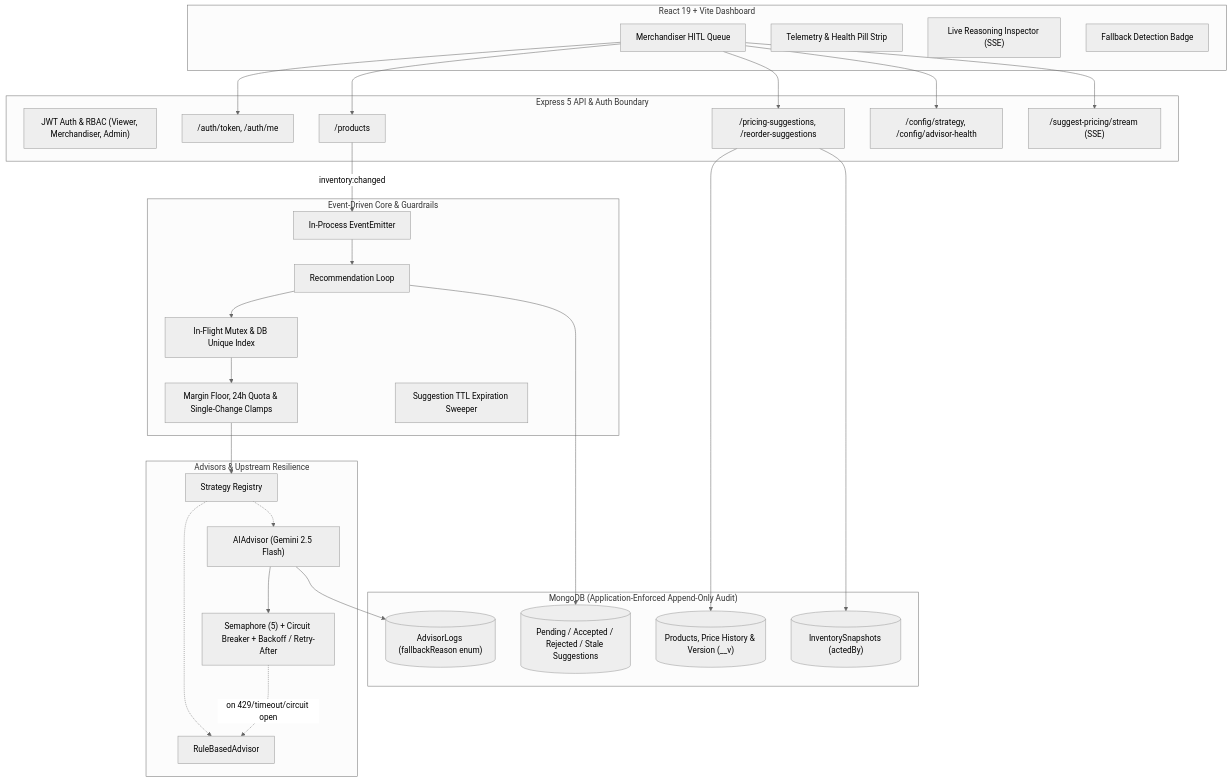
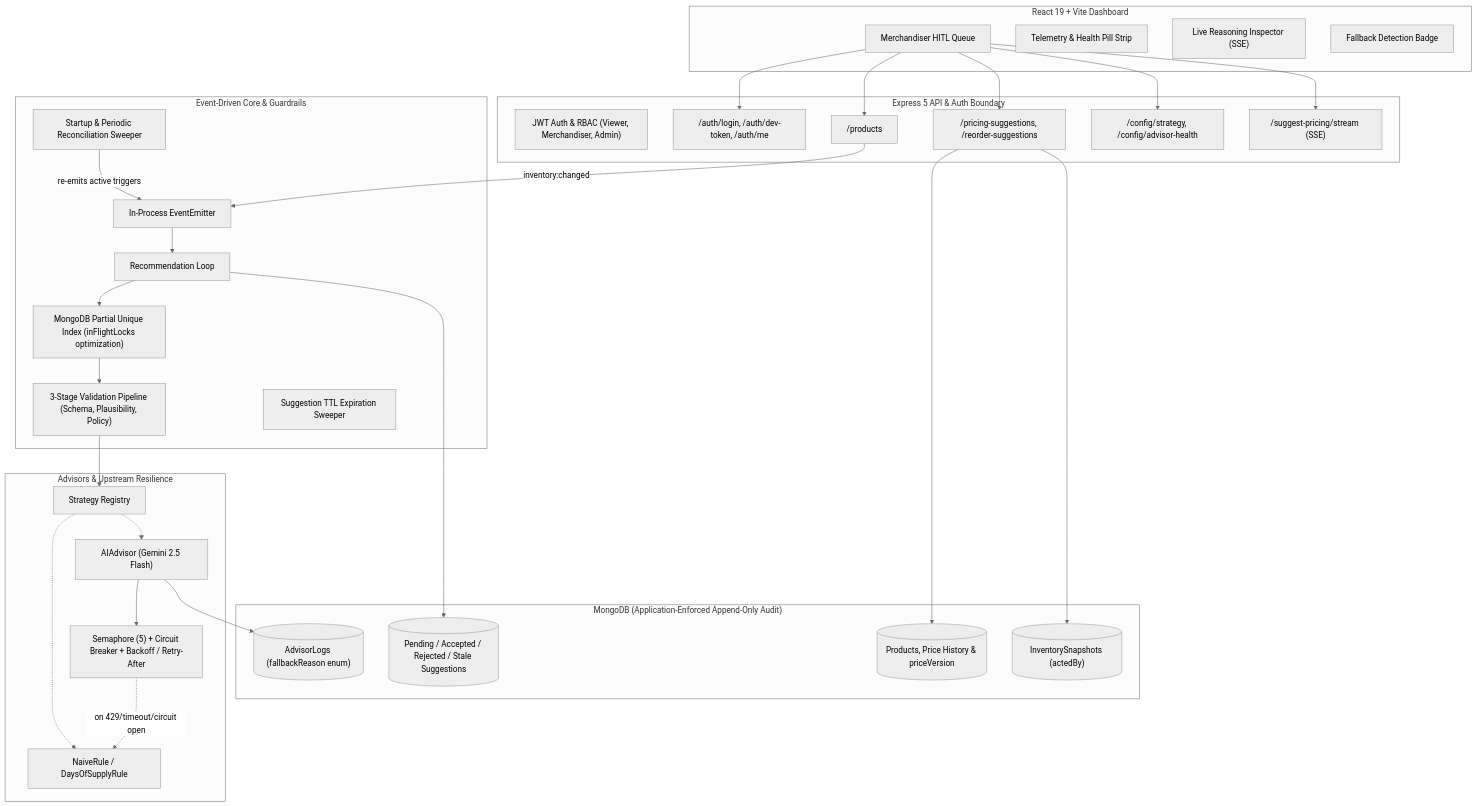
One commit to pritam195/Sentinel changed the diagram in README.md. Above: the diagram before and after it, drawn with Mermaid (neutral theme). The commit also changed other lines of this file and 3 other files, not shown here.

Commit message:
docs(consistency): align README and RESULTS with code, scope event-loss boundaries, attribute dedupe to DB partial unique index, remove unsupported phrasing, and expand Known Limitations

````diff
--- a/README.md
+++ b/README.md
@@ -20,59 +20,61 @@
 ```mermaid
 graph TD
     subgraph Client["React 19 + Vite Dashboard"]
         UI["Merchandiser HITL Queue"]
         Ticker["Telemetry & Health Pill Strip"]
         Stream["Live Reasoning Inspector (SSE)"]
         FallbackBanner["Fallback Detection Badge"]
     end
 
     subgraph API["Express 5 API & Auth Boundary"]
         AuthMid["JWT Auth & RBAC (Viewer, Merchandiser, Admin)"]
-        RoutesAuth["/auth/token, /auth/me"]
+        RoutesAuth["/auth/login, /auth/dev-token, /auth/me"]
         RoutesProd["/products"]
         RoutesSugg["/pricing-suggestions, /reorder-suggestions"]
         RoutesConfig["/config/strategy, /config/advisor-health"]
         SSEStream["/suggest-pricing/stream (SSE)"]
     end
 
     subgraph Core["Event-Driven Core & Guardrails"]
         EventEmitter["In-Process EventEmitter"]
         AgentLoop["Recommendation Loop"]
-        DedupeLocks["In-Flight Mutex & DB Unique Index"]
-        Guardrails["Margin Floor, 24h Quota & Single-Change Clamps"]
+        DedupeLocks["MongoDB Partial Unique Index (inFlightLocks optimization)"]
+        Guardrails["3-Stage Validation Pipeline (Schema, Plausibility, Policy)"]
         TTLWorker["Suggestion TTL Expiration Sweeper"]
+        Reconcile["Startup & Periodic Reconciliation Sweeper"]
     end
 
     subgraph Engines["Advisors & Upstream Resilience"]
         Registry["Strategy Registry"]
-        RuleAdvisor["RuleBasedAdvisor"]
+        RuleAdvisor["NaiveRule / DaysOfSupplyRule"]
         AIAdvisor["AIAdvisor (Gemini 2.5 Flash)"]
         Resilience["Semaphore (5) + Circuit Breaker + Backoff / Retry-After"]
     end
 
     subgraph Storage["MongoDB (Application-Enforced Append-Only Audit)"]
-        DB_Prod[("Products, Price History & Version (__v)")]
+        DB_Prod[("Products, Price History & priceVersion")]
         DB_Sugg[("Pending / Accepted / Rejected / Stale Suggestions")]
         DB_Snap[("InventorySnapshots (actedBy)")]
         DB_Logs[("AdvisorLogs (fallbackReason enum)")]
     end
 
     UI --> RoutesAuth
     UI --> RoutesProd
     UI --> RoutesSugg
     UI --> RoutesConfig
     UI --> SSEStream
     RoutesProd -- "inventory:changed" --> EventEmitter
+    Reconcile -- "re-emits active triggers" --> EventEmitter
     EventEmitter --> AgentLoop
     AgentLoop --> DedupeLocks
     DedupeLocks --> Guardrails
     Guardrails --> Registry
     Registry -.-> RuleAdvisor
     Registry -.-> AIAdvisor
     AIAdvisor --> Resilience
     Resilience -. "on 429/timeout/circuit open" .-> RuleAdvisor
     AgentLoop --> DB_Sugg
     AIAdvisor --> DB_Logs
     RoutesSugg --> DB_Prod
     RoutesSugg --> DB_Snap
 ```
````
